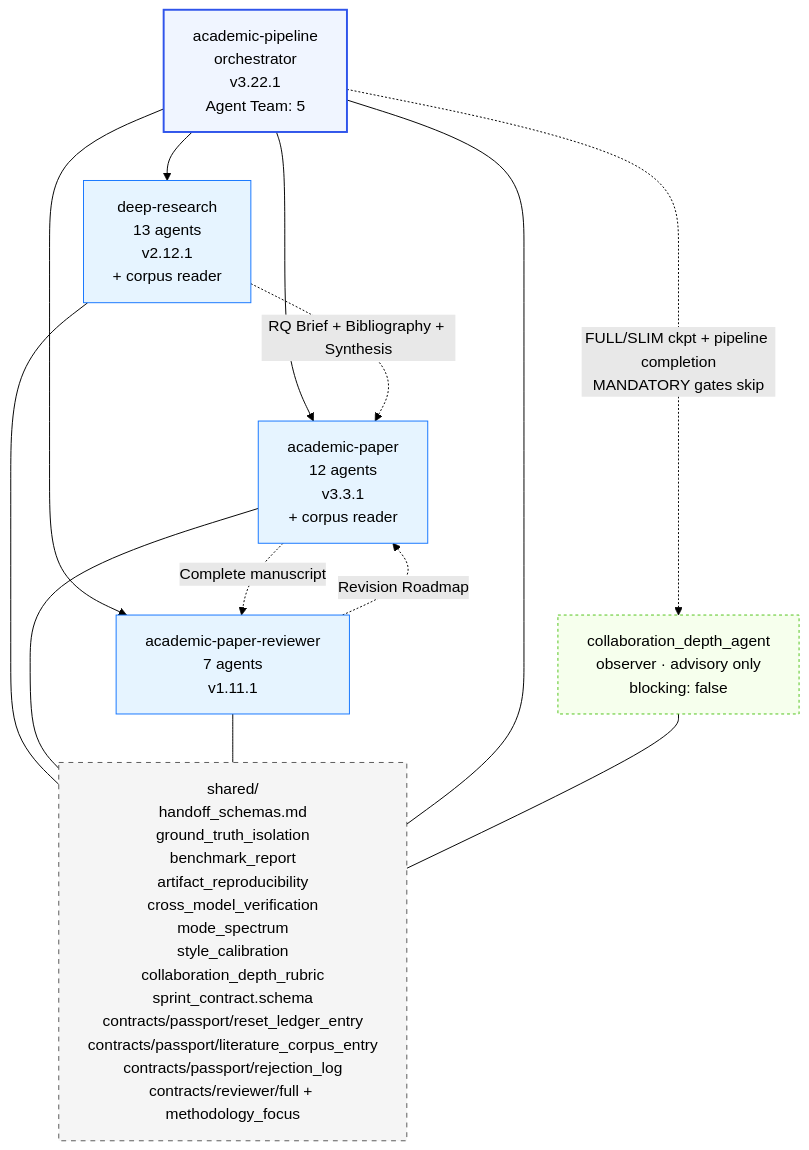
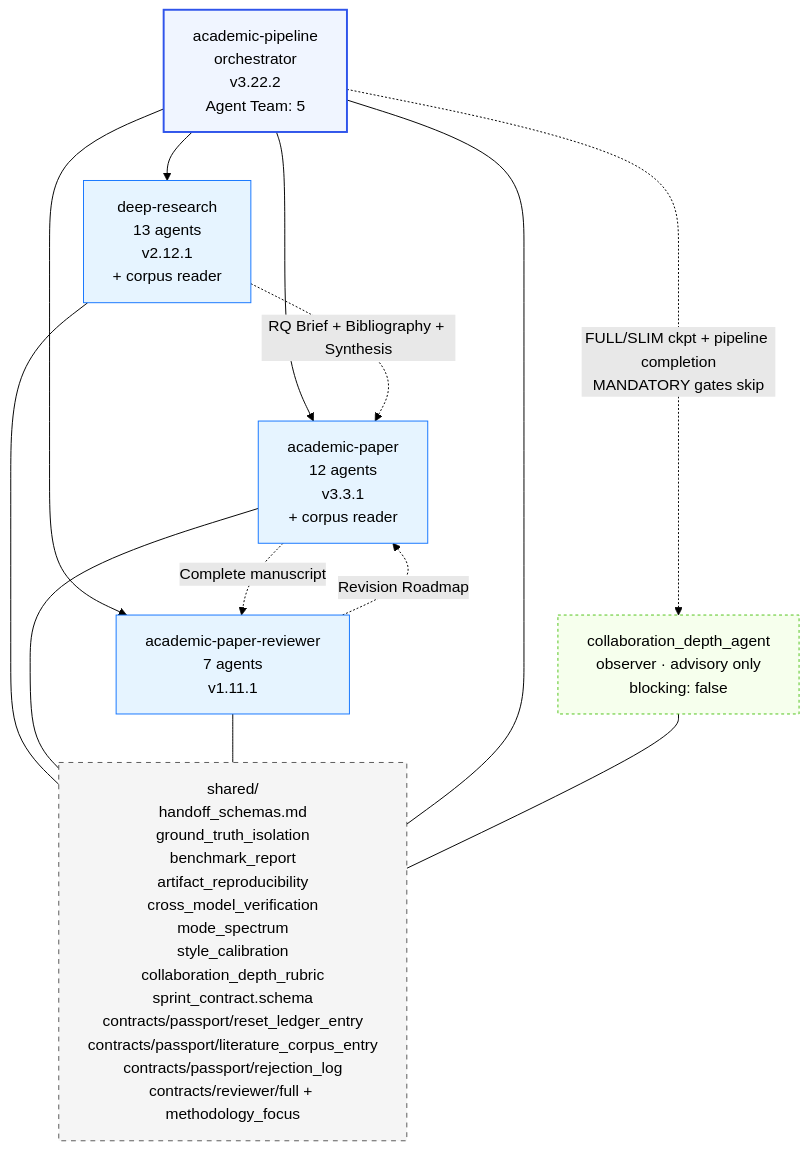
One commit to FiditeNemini/academic-research-skills changed the fourth of 5 diagrams in docs/ARCHITECTURE.md. Above: the diagram before and after it, drawn with Mermaid (forest theme). The commit also changed other lines of this file and 16 other files, not shown here.

````diff
--- a/docs/ARCHITECTURE.md
+++ b/docs/ARCHITECTURE.md
@@ -218,31 +218,31 @@
 ```mermaid
 graph TD
-    Pipeline[academic-pipeline<br/>orchestrator<br/>v3.22.1<br/>Agent Team: 5]
+    Pipeline[academic-pipeline<br/>orchestrator<br/>v3.22.2<br/>Agent Team: 5]
     Observer[collaboration_depth_agent<br/>observer · advisory only<br/>blocking: false]
     DR[deep-research<br/>13 agents<br/>v2.12.1<br/>+ corpus reader]
     AP[academic-paper<br/>12 agents<br/>v3.3.1<br/>+ corpus reader]
     APR[academic-paper-reviewer<br/>7 agents<br/>v1.11.1]
     Shared[shared/<br/>handoff_schemas.md<br/>ground_truth_isolation<br/>benchmark_report<br/>artifact_reproducibility<br/>cross_model_verification<br/>mode_spectrum<br/>style_calibration<br/>collaboration_depth_rubric<br/>sprint_contract.schema<br/>contracts/passport/reset_ledger_entry<br/>contracts/passport/literature_corpus_entry<br/>contracts/passport/rejection_log<br/>contracts/reviewer/full + methodology_focus]
 
     Pipeline --> DR
     Pipeline --> AP
     Pipeline --> APR
     Pipeline -. "FULL/SLIM ckpt + pipeline completion<br/>MANDATORY gates skip" .-> Observer
     DR -. "RQ Brief + Bibliography + Synthesis" .-> AP
     AP -. "Complete manuscript" .-> APR
     APR -. "Revision Roadmap" .-> AP
     DR --- Shared
     AP --- Shared
     APR --- Shared
     Pipeline --- Shared
     Observer --- Shared
 
     classDef orch fill:#f0f5ff,stroke:#2f54eb,stroke-width:2px
     classDef skill fill:#e6f4ff,stroke:#1677ff
     classDef shared fill:#f5f5f5,stroke:#595959,stroke-dasharray:5 5
     classDef observer fill:#f6ffed,stroke:#52c41a,stroke-dasharray:3 3
     class Pipeline orch
     class DR,AP,APR skill
     class Shared shared
     class Observer observer
 ```
````
